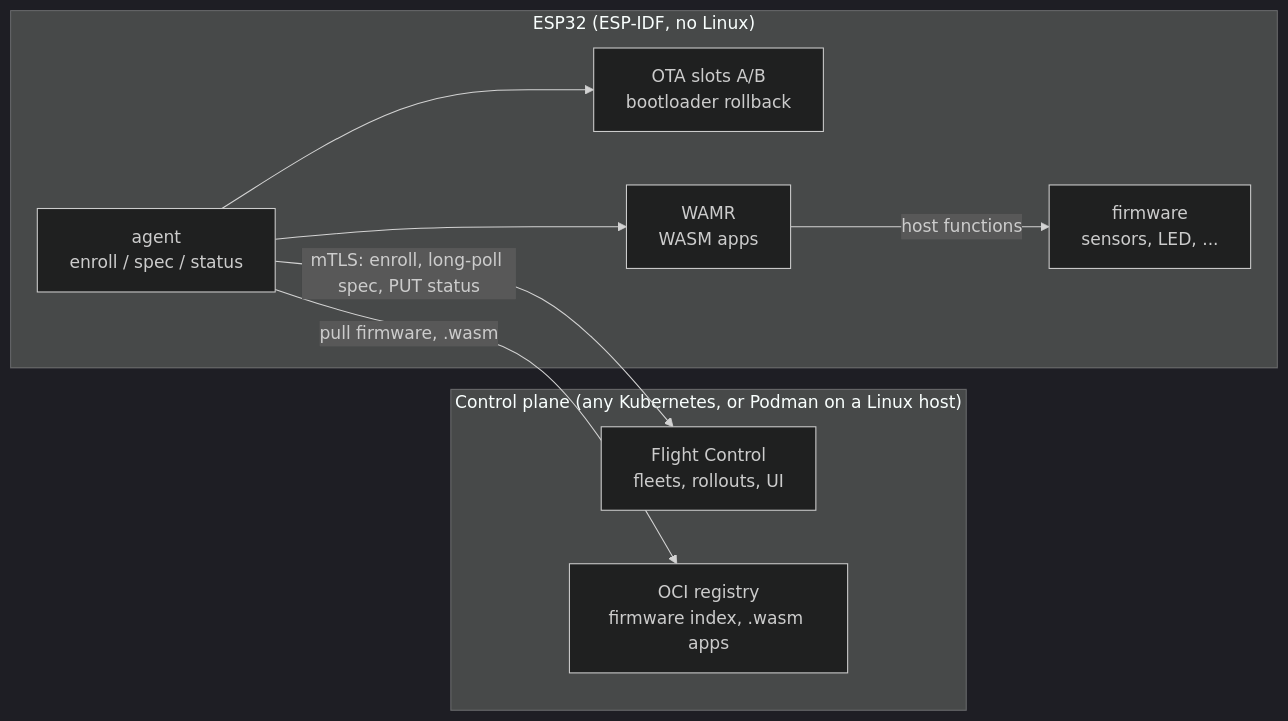
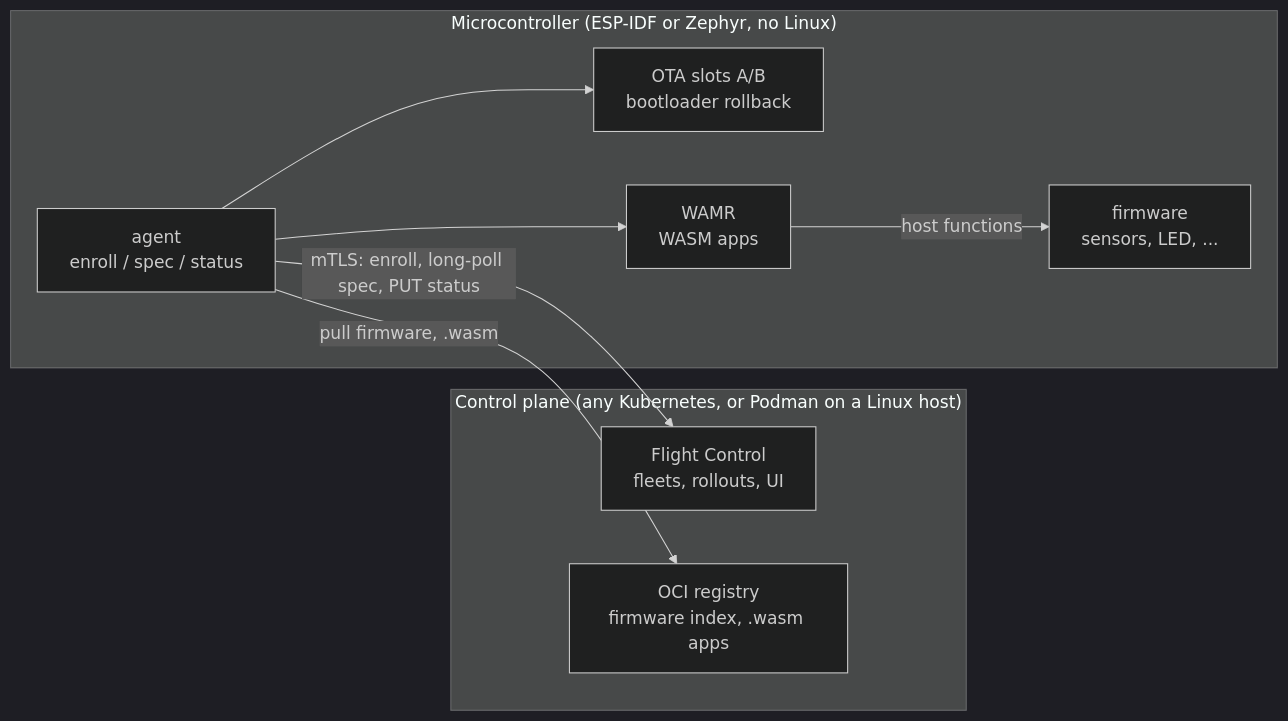
Before and after one commit to francescopace/flightctl-mcu: the first of 3 diagrams in README.md, drawn with Mermaid (dark theme). The commit also changed other lines of this file and 5 other files, not shown here.

First line of the commit message:
Two example fleets, by port: idf-lab and zephyr-lab

````diff
--- a/README.md
+++ b/README.md
@@ -43,18 +43,18 @@
 ```mermaid
 flowchart LR
   subgraph cp["Control plane (any Kubernetes, or Podman on a Linux host)"]
     FC["Flight Control<br/>fleets, rollouts, UI"]
     REG["OCI registry<br/>firmware index, .wasm apps"]
   end
-  subgraph dev["ESP32 (ESP-IDF, no Linux)"]
+  subgraph dev["Microcontroller (ESP-IDF or Zephyr, no Linux)"]
     AG["agent<br/>enroll / spec / status"]
     OTA["OTA slots A/B<br/>bootloader rollback"]
     WAMR["WAMR<br/>WASM apps"]
     FW["firmware<br/>sensors, LED, ..."]
   end
   AG -- "mTLS: enroll, long-poll spec, PUT status" --> FC
   AG -- "pull firmware, .wasm" --> REG
   AG --> OTA
   AG --> WAMR
   WAMR -- "host functions" --> FW
 ```
````
